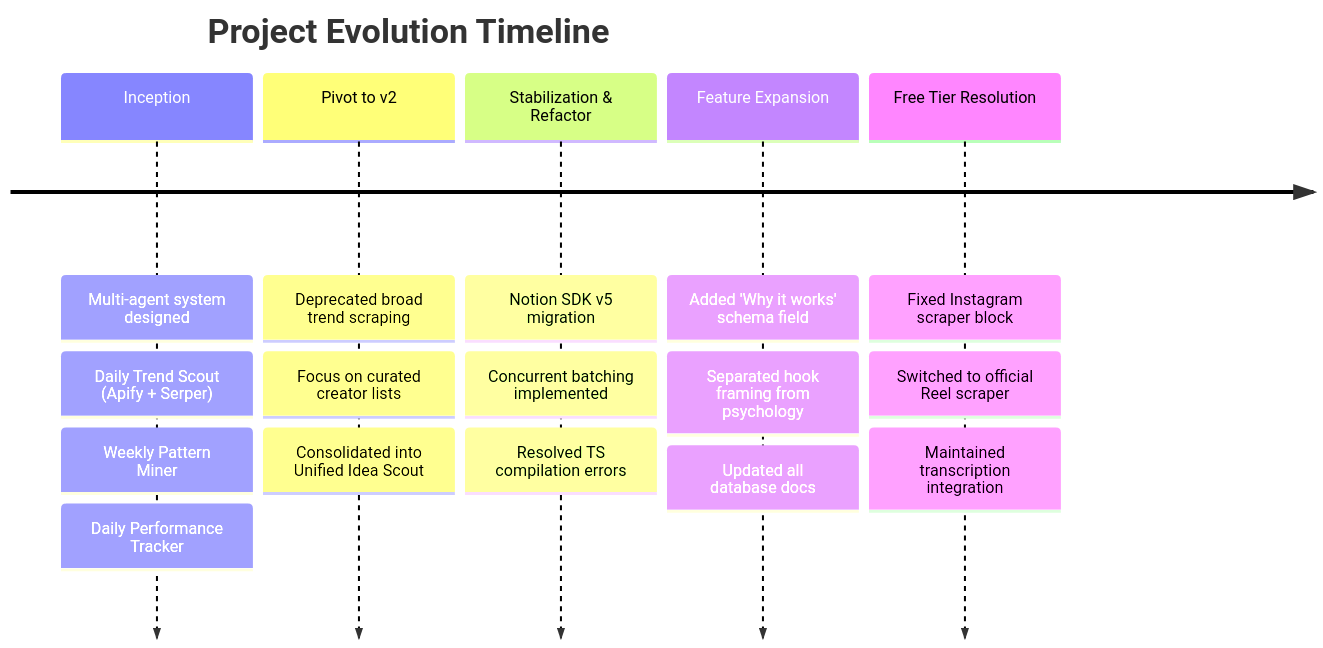
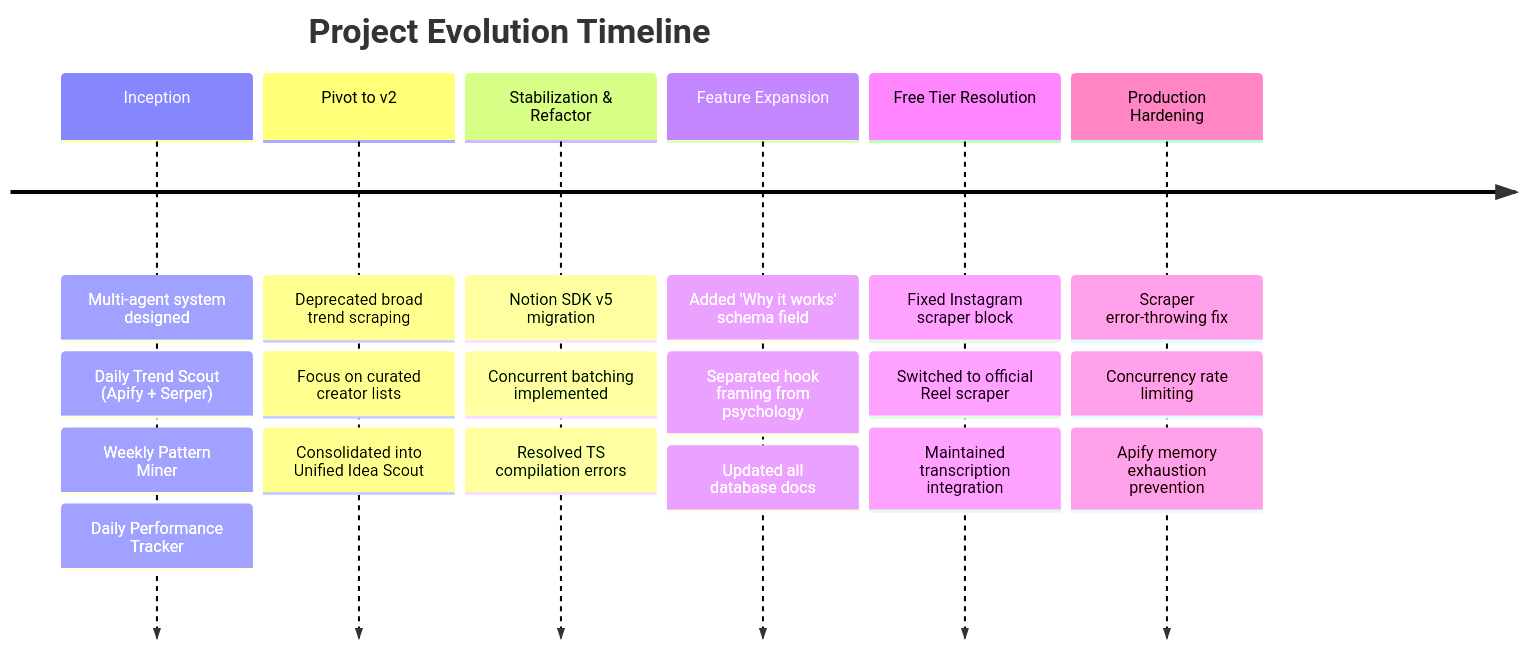
One commit to icaruschan/Idea-Scout changed the diagram in RECAP.md. Above: the diagram before and after it, drawn with Mermaid. The commit also changed other lines of this file and 1 other file, not shown here.

Commit message:
docs: update RECAP and README with concurrency controls, schedule, and production checklist

````diff
--- a/RECAP.md
+++ b/RECAP.md
@@ -13,9 +13,10 @@
 ```mermaid
 timeline
     title Project Evolution Timeline
     Inception : Multi-agent system designed : Daily Trend Scout (Apify + Serper) : Weekly Pattern Miner : Daily Performance Tracker
     Pivot to v2 : Deprecated broad trend scraping : Focus on curated creator lists : Consolidated into Unified Idea Scout
     Stabilization & Refactor : Notion SDK v5 migration : Concurrent batching implemented : Resolved TS compilation errors
     Feature Expansion : Added 'Why it works' schema field : Separated hook framing from psychology : Updated all database docs
     Free Tier Resolution : Fixed Instagram scraper block : Switched to official Reel scraper : Maintained transcription integration
+    Production Hardening : Scraper error-throwing fix : Concurrency rate limiting : Apify memory exhaustion prevention
 ```
````
